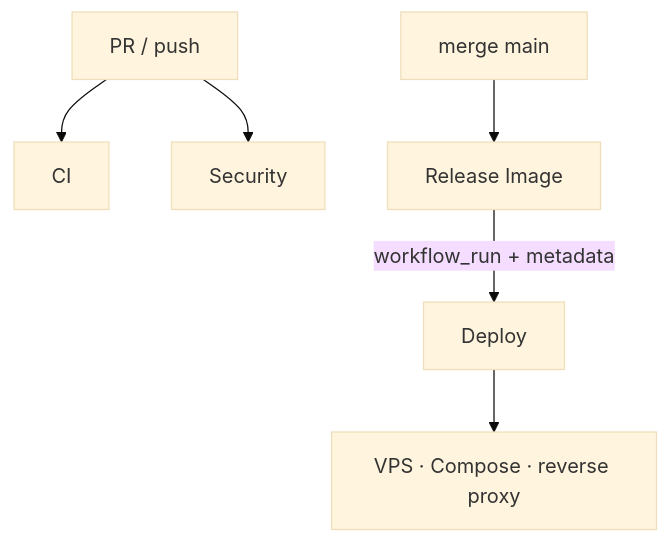
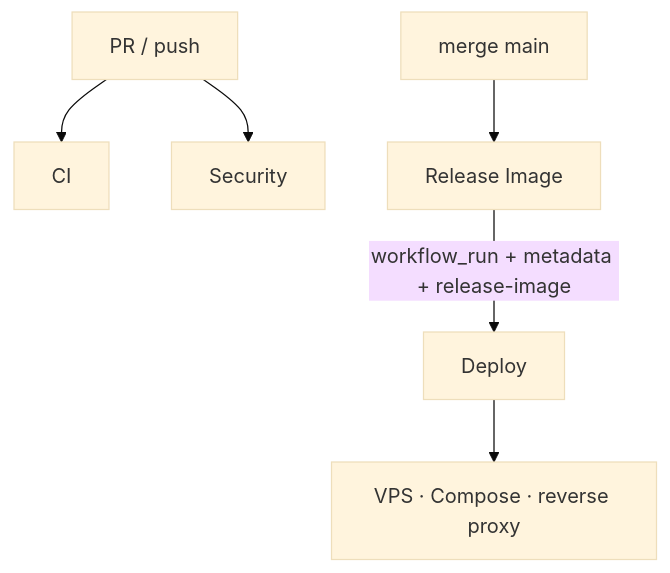
The diagram in README.md (barthez-kenwou/supply-chain-pipeline), drawn with Mermaid (base theme) before and after one commit. The commit also changed other lines of this file and 5 other files, not shown here.

````diff
--- a/README.md
+++ b/README.md
@@ -31,8 +49,8 @@
 ```mermaid
 flowchart TB
   PR[PR / push] --> CI[CI]
   PR --> SEC[Security]
   MAIN[merge main] --> REL[Release Image]
-  REL -->|workflow_run + metadata| DEP[Deploy]
+  REL -->|workflow_run + metadata + release-image| DEP[Deploy]
   DEP --> HOST[VPS · Compose · reverse proxy]
 ```
````
